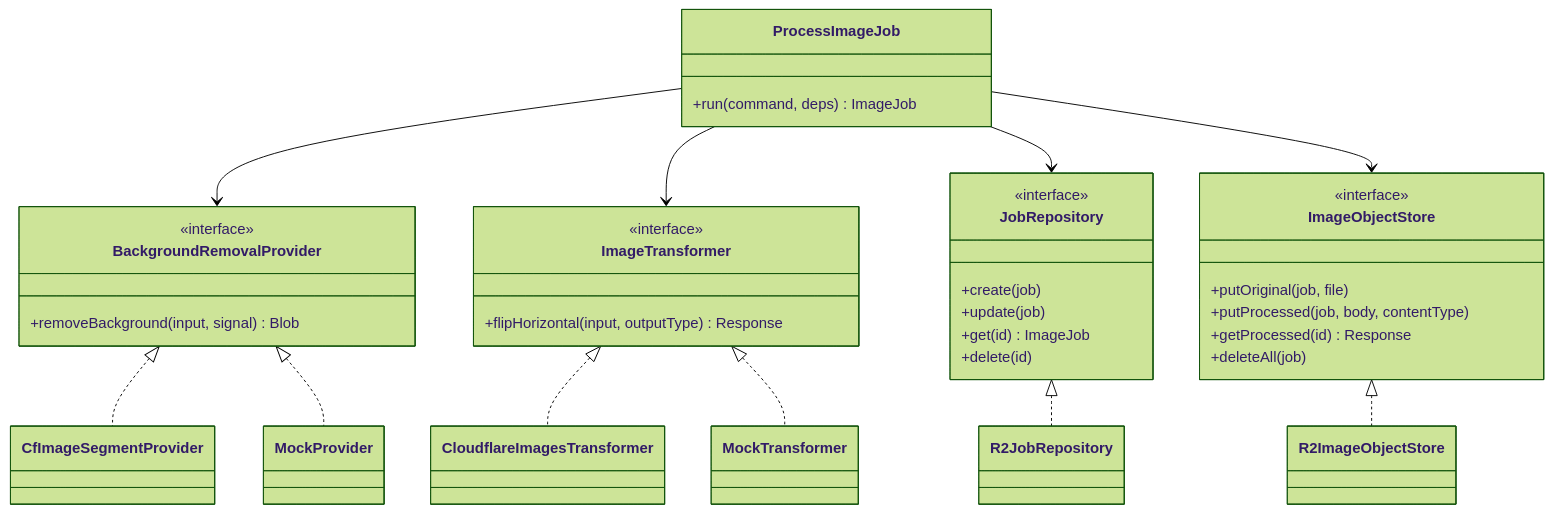
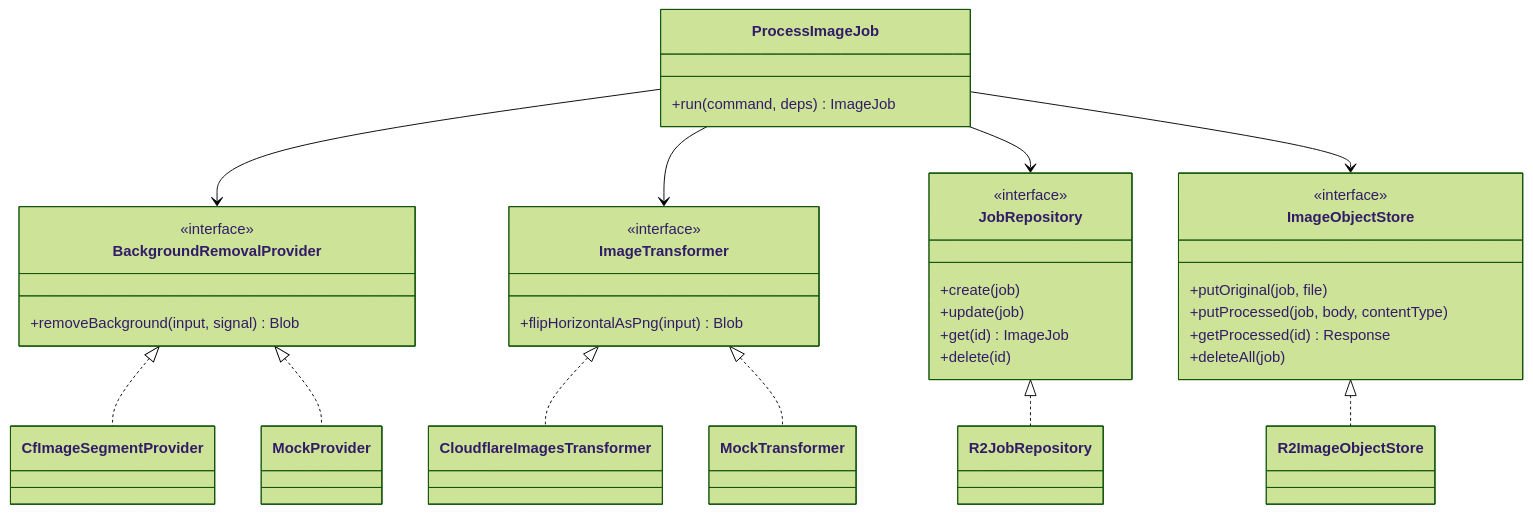
The third of 10 diagrams in docs/architecture.md (ozby/edge-matte), drawn with Mermaid (forest theme) before and after one commit. The commit also changed other lines of this file and 45 other files, not shown here.

````diff
--- a/docs/architecture.md
+++ b/docs/architecture.md
@@ -79,40 +79,40 @@
 ```mermaid
 classDiagram
     class ProcessImageJob {
       +run(command, deps) ImageJob
     }
     class BackgroundRemovalProvider {
       <<interface>>
       +removeBackground(input, signal) Blob
     }
     class ImageTransformer {
       <<interface>>
-      +flipHorizontal(input, outputType) Response
+      +flipHorizontalAsPng(input) Blob
     }
     class JobRepository {
       <<interface>>
       +create(job)
       +update(job)
       +get(id) ImageJob
       +delete(id)
     }
     class ImageObjectStore {
       <<interface>>
       +putOriginal(job, file)
       +putProcessed(job, body, contentType)
       +getProcessed(id) Response
       +deleteAll(job)
     }
 
     ProcessImageJob --> BackgroundRemovalProvider
     ProcessImageJob --> ImageTransformer
     ProcessImageJob --> JobRepository
     ProcessImageJob --> ImageObjectStore
 
     BackgroundRemovalProvider <|.. CfImageSegmentProvider
     BackgroundRemovalProvider <|.. MockProvider
     ImageTransformer <|.. CloudflareImagesTransformer
     ImageTransformer <|.. MockTransformer
     JobRepository <|.. R2JobRepository
     ImageObjectStore <|.. R2ImageObjectStore
 ```
````
